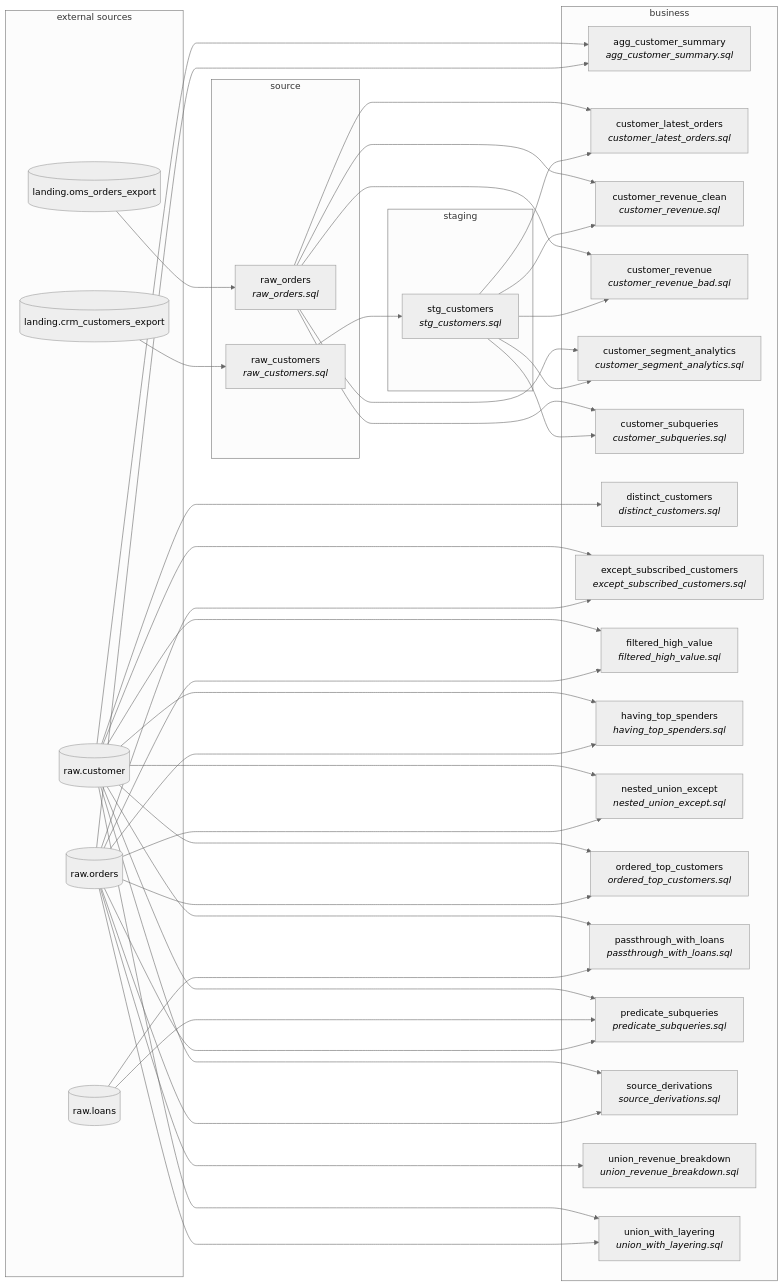
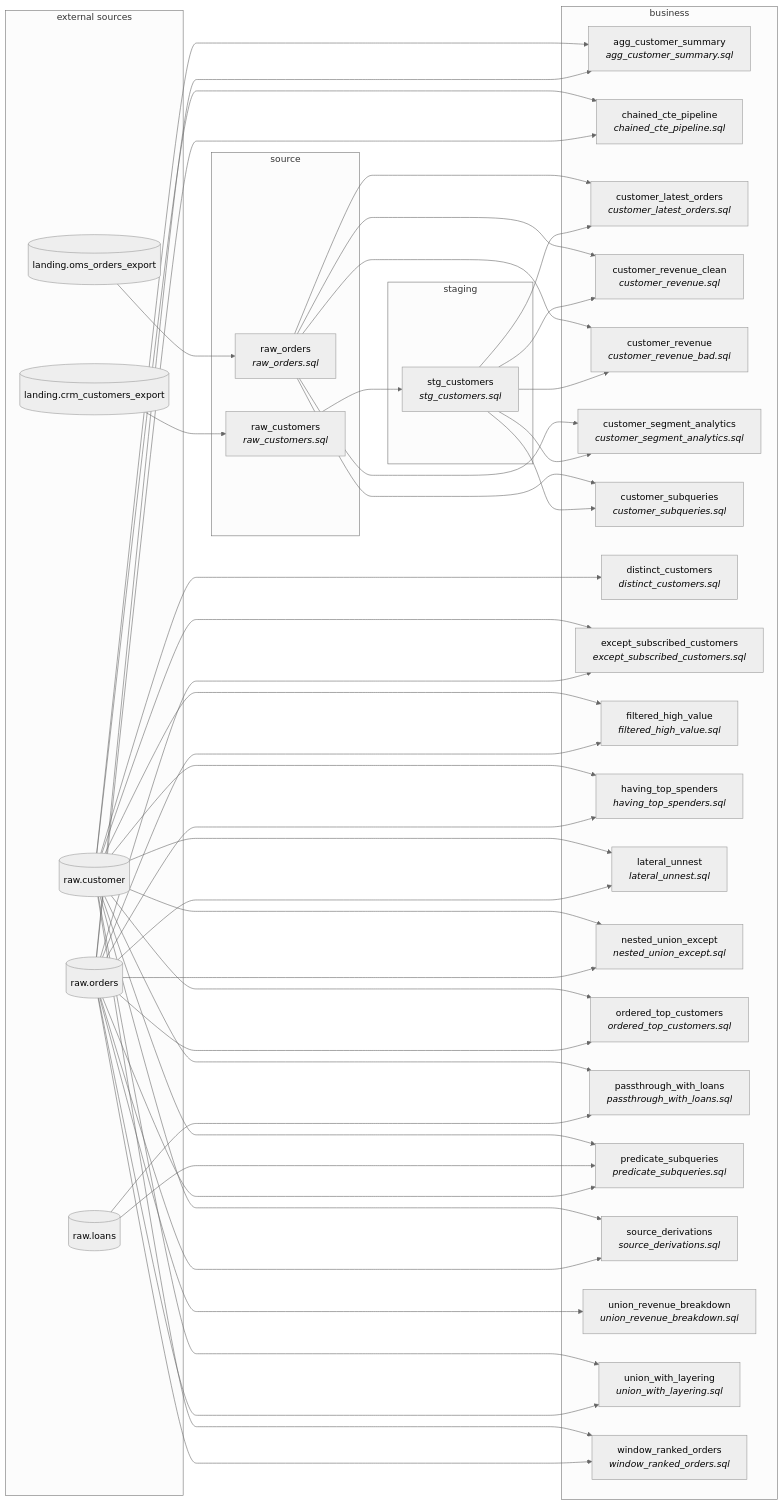
The diagram in examples/sql_process/expected_output/report.md (jacovanderlaan/mdde-demo), drawn with Mermaid (neutral theme) before and after one commit. The commit also changed other lines of this file and 17 other files, not shown here.

First line of the commit message:
test(sql_process): add edge-case fixtures — window functions, deep CTE chain, LATERAL

````diff
--- a/examples/sql_process/expected_output/report.md
+++ b/examples/sql_process/expected_output/report.md
@@ -164,72 +181,81 @@
 ```mermaid
 flowchart LR
   subgraph source
     raw_customers["raw_customers<br/><i>raw_customers.sql</i>"]
     raw_orders["raw_orders<br/><i>raw_orders.sql</i>"]
   end
   subgraph staging
     stg_customers["stg_customers<br/><i>stg_customers.sql</i>"]
   end
   subgraph business
     agg_customer_summary["agg_customer_summary<br/><i>agg_customer_summary.sql</i>"]
+    chained_cte_pipeline["chained_cte_pipeline<br/><i>chained_cte_pipeline.sql</i>"]
     customer_latest_orders["customer_latest_orders<br/><i>customer_latest_orders.sql</i>"]
     customer_revenue_clean["customer_revenue_clean<br/><i>customer_revenue.sql</i>"]
     customer_revenue["customer_revenue<br/><i>customer_revenue_bad.sql</i>"]
     customer_segment_analytics["customer_segment_analytics<br/><i>customer_segment_analytics.sql</i>"]
     customer_subqueries["customer_subqueries<br/><i>customer_subqueries.sql</i>"]
     distinct_customers["distinct_customers<br/><i>distinct_customers.sql</i>"]
     except_subscribed_customers["except_subscribed_customers<br/><i>except_subscribed_customers.sql</i>"]
     filtered_high_value["filtered_high_value<br/><i>filtered_high_value.sql</i>"]
     having_top_spenders["having_top_spenders<br/><i>having_top_spenders.sql</i>"]
+    lateral_unnest["lateral_unnest<br/><i>lateral_unnest.sql</i>"]
     nested_union_except["nested_union_except<br/><i>nested_union_except.sql</i>"]
     ordered_top_customers["ordered_top_customers<br/><i>ordered_top_customers.sql</i>"]
     passthrough_with_loans["passthrough_with_loans<br/><i>passthrough_with_loans.sql</i>"]
     predicate_subqueries["predicate_subqueries<br/><i>predicate_subqueries.sql</i>"]
     source_derivations["source_derivations<br/><i>source_derivations.sql</i>"]
     union_revenue_breakdown["union_revenue_breakdown<br/><i>union_revenue_breakdown.sql</i>"]
     union_with_layering["union_with_layering<br/><i>union_with_layering.sql</i>"]
+    window_ranked_orders["window_ranked_orders<br/><i>window_ranked_orders.sql</i>"]
   end
   raw_customers --> stg_customers
   raw_orders --> customer_latest_orders
   raw_orders --> customer_revenue_clean
   raw_orders --> customer_revenue
   raw_orders --> customer_segment_analytics
   raw_orders --> customer_subqueries
   stg_customers --> customer_latest_orders
   stg_customers --> customer_revenue_clean
   stg_customers --> customer_revenue
   stg_customers --> customer_segment_analytics
   stg_customers --> customer_subqueries
   subgraph external ["external sources"]
     ext_landing_crm_customers_export[("landing.crm_customers_export")]
     ext_landing_oms_orders_export[("landing.oms_orders_export")]
     ext_raw_customer[("raw.customer")]
     ext_raw_loans[("raw.loans")]
     ext_raw_orders[("raw.orders")]
   end
   ext_landing_crm_customers_export --> raw_customers
   ext_landing_oms_orders_export --> raw_orders
   ext_raw_customer --> agg_customer_summary
+  ext_raw_customer --> chained_cte_pipeline
   ext_raw_customer --> distinct_customers
   ext_raw_customer --> except_subscribed_customers
   ext_raw_customer --> filtered_high_value
   ext_raw_customer --> having_top_spenders
+  ext_raw_customer --> lateral_unnest
   ext_raw_customer --> nested_union_except
   ext_raw_customer --> ordered_top_customers
   ext_raw_customer --> passthrough_with_loans
   ext_raw_customer --> predicate_subqueries
   ext_raw_customer --> source_derivations
   ext_raw_customer --> union_with_layering
+  ext_raw_customer --> window_ranked_orders
   ext_raw_loans --> passthrough_with_loans
   ext_raw_loans --> predicate_subqueries
   ext_raw_orders --> agg_customer_summary
+  ext_raw_orders --> chained_cte_pipeline
   ext_raw_orders --> except_subscribed_customers
   ext_raw_orders --> filtered_high_value
   ext_raw_orders --> having_top_spenders
+  ext_raw_orders --> lateral_unnest
   ext_raw_orders --> nested_union_except
   ext_raw_orders --> ordered_top_customers
   ext_raw_orders --> predicate_subqueries
   ext_raw_orders --> source_derivations
   ext_raw_orders --> union_revenue_breakdown
   ext_raw_orders --> union_with_layering
+  ext_raw_orders --> window_ranked_orders
 ```
````
